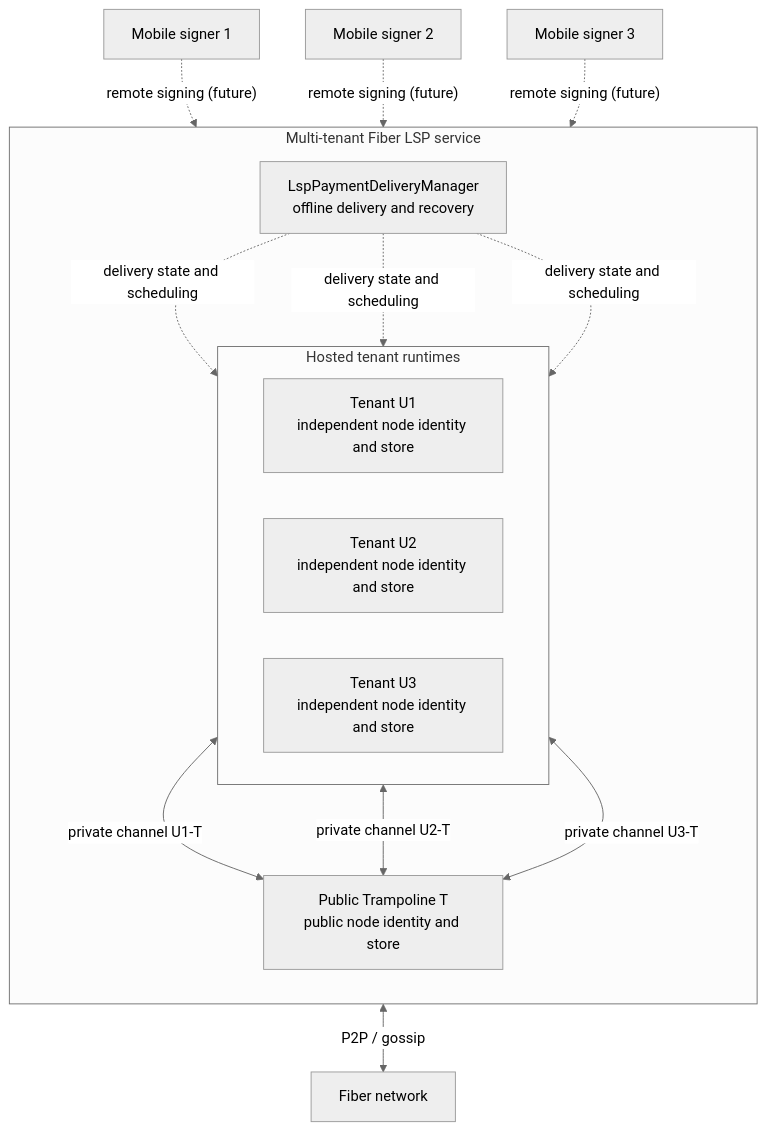
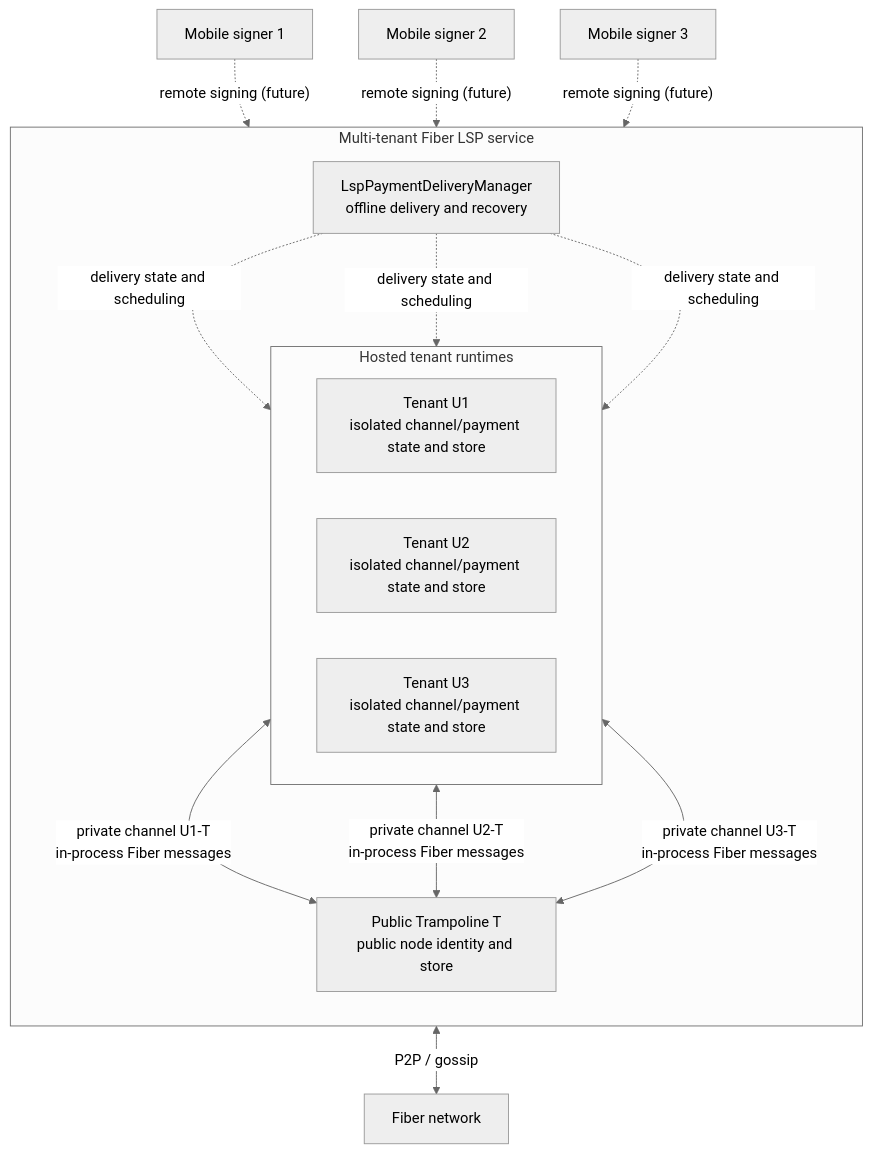
One commit to nervosnetwork/fiber changed the diagram in docs/notes/hosted-lsp.md. Above: the diagram before and after it, drawn with Mermaid (neutral theme). The commit also changed other lines of this file and 2 other files, not shown here.

Commit message:
docs: clarify hosted tenant execution model

````diff
--- a/docs/notes/hosted-lsp.md
+++ b/docs/notes/hosted-lsp.md
@@ -23,29 +26,29 @@
 ```mermaid
 flowchart TB
     S1["Mobile signer 1"] -. "remote signing (future)" .-> U1
     S2["Mobile signer 2"] -. "remote signing (future)" .-> U2
     S3["Mobile signer 3"] -. "remote signing (future)" .-> U3
 
     subgraph LSP["Multi-tenant Fiber LSP service"]
         direction TB
         D["LspPaymentDeliveryManager<br/>offline delivery and recovery"]
 
         subgraph R["Hosted tenant runtimes"]
             direction LR
-            U1["Tenant U1<br/>independent node identity and store"]
-            U2["Tenant U2<br/>independent node identity and store"]
-            U3["Tenant U3<br/>independent node identity and store"]
+            U1["Tenant U1<br/>isolated channel/payment state and store"]
+            U2["Tenant U2<br/>isolated channel/payment state and store"]
+            U3["Tenant U3<br/>isolated channel/payment state and store"]
         end
 
         T["Public Trampoline T<br/>public node identity and store"]
 
         D -. "delivery state and scheduling" .-> U1
         D -. "delivery state and scheduling" .-> U2
         D -. "delivery state and scheduling" .-> U3
-        U1 <-->|"private channel U1-T"| T
-        U2 <-->|"private channel U2-T"| T
-        U3 <-->|"private channel U3-T"| T
+        U1 <-->|"private channel U1-T<br/>in-process Fiber messages"| T
+        U2 <-->|"private channel U2-T<br/>in-process Fiber messages"| T
+        U3 <-->|"private channel U3-T<br/>in-process Fiber messages"| T
     end
 
     T <-->|"P2P / gossip"| N["Fiber network"]
 ```
````
